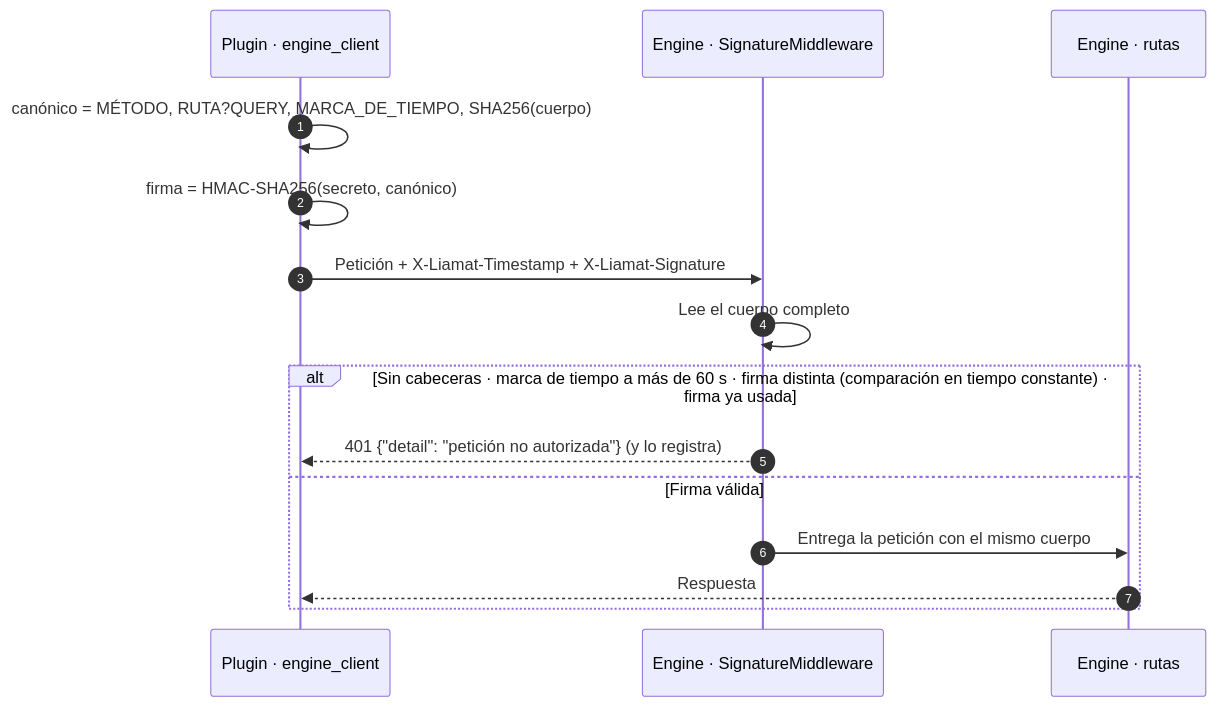
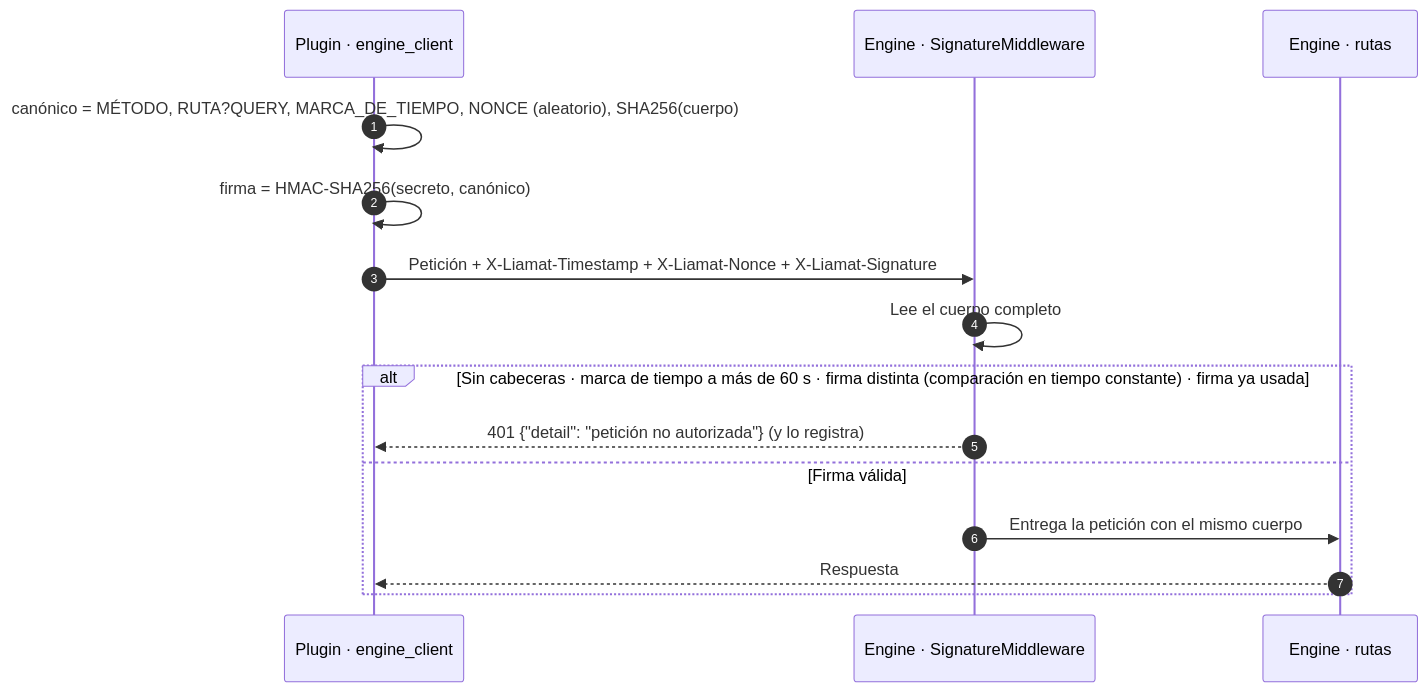
One commit to darioaxel/moodle-liaeditor-git changed the ninth of 15 diagrams in docs/Seguridad — Evaluación del plugin local_liamateriales.md. Above: the diagram before and after it, drawn with Mermaid. The commit also changed 6 other files, not shown here.

````diff
--- a/docs/Seguridad — Evaluación del plugin local_liamateriales.md
+++ b/docs/Seguridad — Evaluación del plugin local_liamateriales.md
@@ -430,18 +430,18 @@
 ```mermaid
 sequenceDiagram
   autonumber
   participant M as Plugin · engine_client
   participant W as Engine · SignatureMiddleware
   participant A as Engine · rutas
 
-  M->>M: canónico = MÉTODO, RUTA?QUERY, MARCA_DE_TIEMPO, SHA256(cuerpo)
+  M->>M: canónico = MÉTODO, RUTA?QUERY, MARCA_DE_TIEMPO, NONCE (aleatorio), SHA256(cuerpo)
   M->>M: firma = HMAC-SHA256(secreto, canónico)
-  M->>W: Petición + X-Liamat-Timestamp + X-Liamat-Signature
+  M->>W: Petición + X-Liamat-Timestamp + X-Liamat-Nonce + X-Liamat-Signature
   W->>W: Lee el cuerpo completo
   alt Sin cabeceras · marca de tiempo a más de 60 s · firma distinta (comparación en tiempo constante) · firma ya usada
     W-->>M: 401 {"detail": "petición no autorizada"} (y lo registra)
   else Firma válida
     W->>A: Entrega la petición con el mismo cuerpo
     A-->>M: Respuesta
   end
 ```
````
